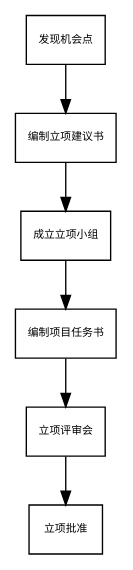
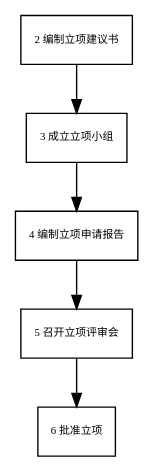
The diagram in source/work/lp/asset/立项流程.rst (cruiurc/cruiurc.github.io), drawn with Graphviz before and after one commit. The commit also changed other lines of this file and 1 other file, not shown here.

```diff
--- a/source/work/lp/asset/立项流程.rst
+++ b/source/work/lp/asset/立项流程.rst
@@ -29,17 +29,15 @@
 .. graphviz::
 
     digraph 立项{
       {
-        发现机会点 [shape=box fontsize=8];
-        编制立项建议书 [shape=box fontsize=8];
-        成立立项小组 [shape=box fontsize=8];
-        编制项目任务书 [shape=box fontsize=8];
-        立项评审会 [shape=box fontsize=8];
-        立项批准 [shape=box fontsize=8];
+        编制立项建议书 [shape=box fontsize=8 label="2 编制立项建议书"];
+        成立立项小组 [shape=box fontsize=8 label="3 成立立项小组"];
+        编制立项申请报告 [shape=box fontsize=8 label="4 编制立项申请报告"];
+        召开立项评审会 [shape=box fontsize=8 label="5 召开立项评审会"];
+        批准立项 [shape=box fontsize=8 label="6 批准立项"];
       }
-        发现机会点 -> 编制立项建议书;
         编制立项建议书 -> 成立立项小组;
-        成立立项小组 -> 编制项目任务书;
-        编制项目任务书 -> 立项评审会;
-        立项评审会 -> 立项批准;
+        成立立项小组 -> 编制立项申请报告;
+        编制立项申请报告 -> 召开立项评审会;
+        召开立项评审会 -> 批准立项;
     }
```
